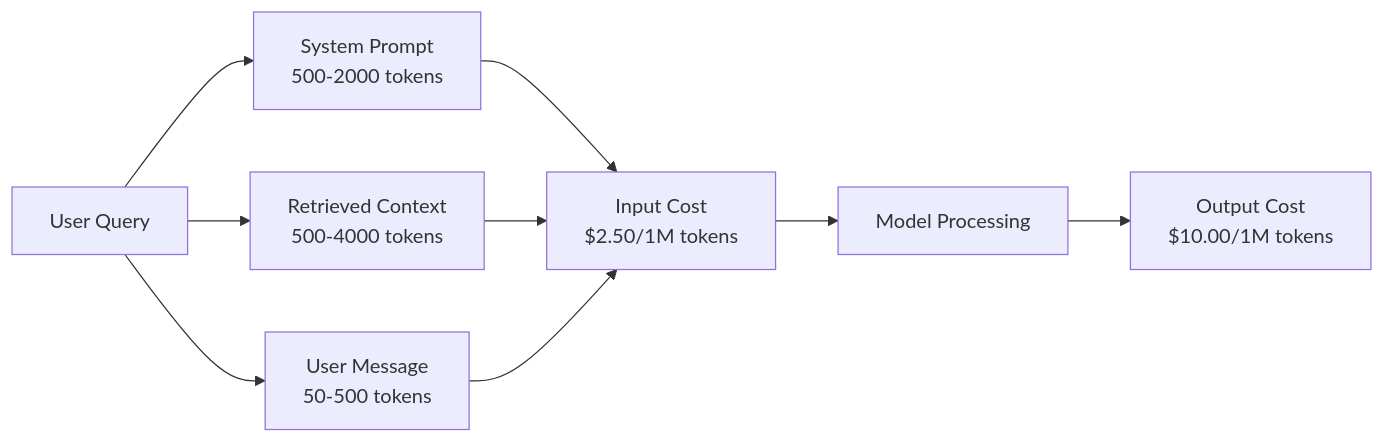
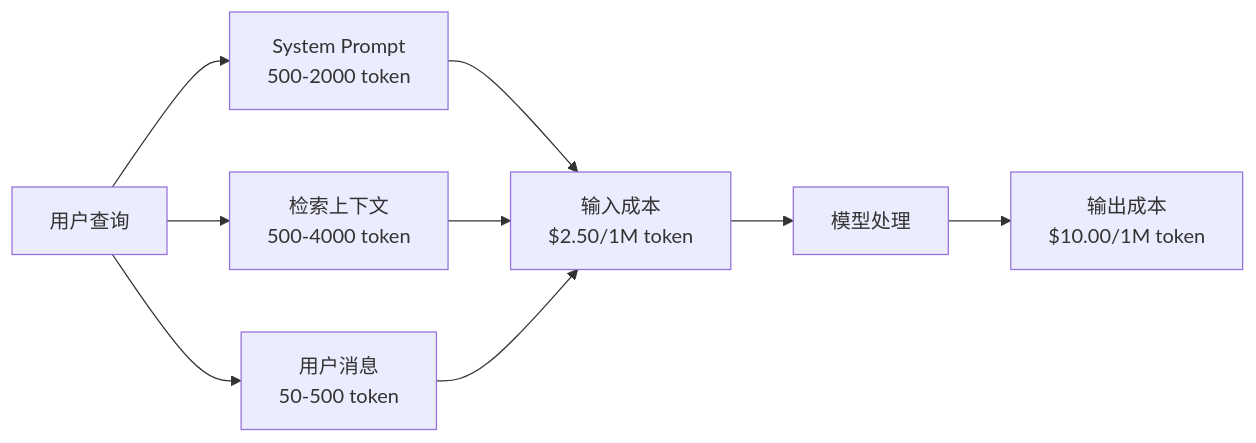
Before and after one commit to alessandrodinisio-ai/ai-engineering-learning-framework: the first of 3 diagrams in phases/11-llm-engineering/11-caching-cost/docs/zh.md, drawn with Mermaid. The commit also changed other lines of this file and 120 other files, not shown here.

First line of the commit message:
i18n(mermaid): 337 个 mermaid 图表标签中文化

````diff
--- a/phases/11-llm-engineering/11-caching-cost/docs/zh.md
+++ b/phases/11-llm-engineering/11-caching-cost/docs/zh.md
@@ -49,11 +49,11 @@
 ```mermaid
 graph LR
-    A[User Query] --> B[System Prompt<br/>500-2000 tokens]
-    A --> C[Retrieved Context<br/>500-4000 tokens]
-    A --> D[User Message<br/>50-500 tokens]
-    B --> E[Input Cost<br/>$2.50/1M tokens]
+    A[用户查询] --> B[System Prompt<br/>500-2000 token]
+    A --> C[检索上下文<br/>500-4000 token]
+    A --> D[用户消息<br/>50-500 token]
+    B --> E[输入成本<br/>$2.50/1M token]
     C --> E
     D --> E
-    E --> F[Model Processing]
-    F --> G[Output Cost<br/>$10.00/1M tokens]
+    E --> F[模型处理]
+    F --> G[输出成本<br/>$10.00/1M token]
 ```
````
